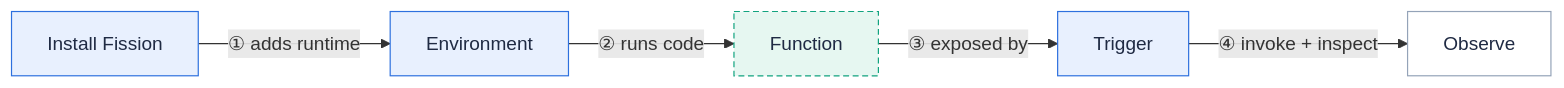
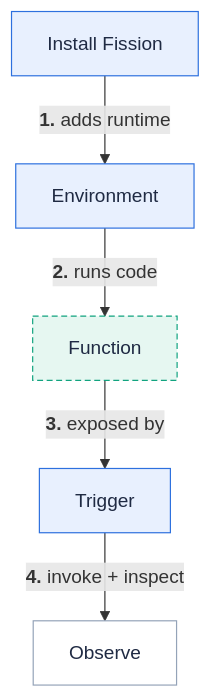
The diagram in content/en/docs/getting-started/_index.md (fission/fission.io), drawn with Mermaid before and after one commit. The commit also changed 23 other files, not shown here.

First line of the commit message:
Make diagrams readable inline: compact TB layouts, bold crimson step numbers

````diff
--- a/content/en/docs/getting-started/_index.md
+++ b/content/en/docs/getting-started/_index.md
@@ -186,10 +186,10 @@
 ```mermaid
-flowchart LR
-  install["Install Fission"]:::fission -->|"① adds runtime"| env["Environment"]:::fission
-  env -->|"② runs code"| fn["Function"]:::pod
-  fn -->|"③ exposed by"| trigger["Trigger"]:::fission
-  trigger -->|"④ invoke + inspect"| observe["Observe"]:::user
+flowchart TB
+  install["Install Fission"]:::fission -->|"<b>1.</b> adds runtime"| env["Environment"]:::fission
+  env -->|"<b>2.</b> runs code"| fn["Function"]:::pod
+  fn -->|"<b>3.</b> exposed by"| trigger["Trigger"]:::fission
+  trigger -->|"<b>4.</b> invoke + inspect"| observe["Observe"]:::user
   classDef user fill:#ffffff,stroke:#94a3b8,color:#1f2a43
   classDef fission fill:#e8f0fe,stroke:#2d70de,color:#1f2a43
   classDef pod fill:#e6f7f1,stroke:#11a37f,color:#1f2a43,stroke-dasharray:5 3
 ```
````
